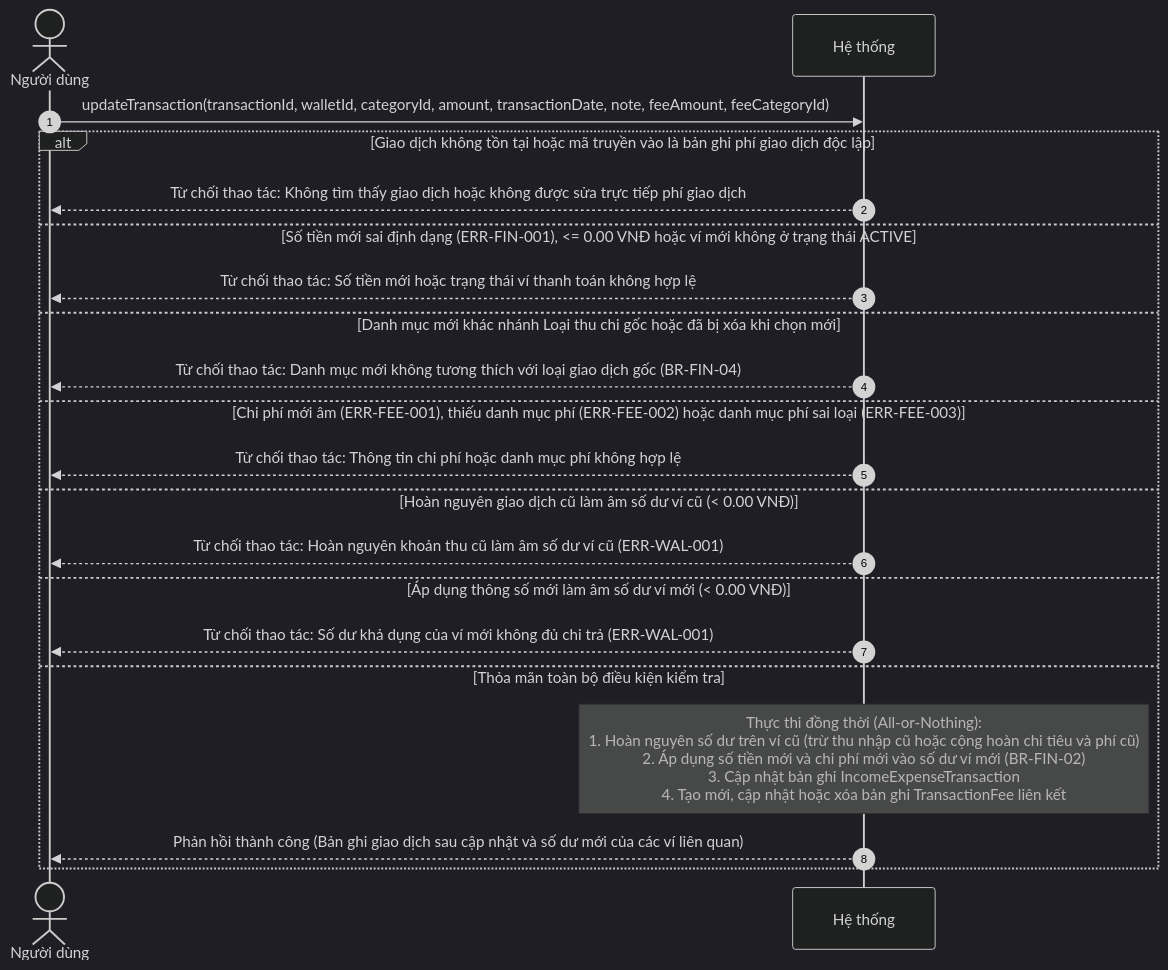
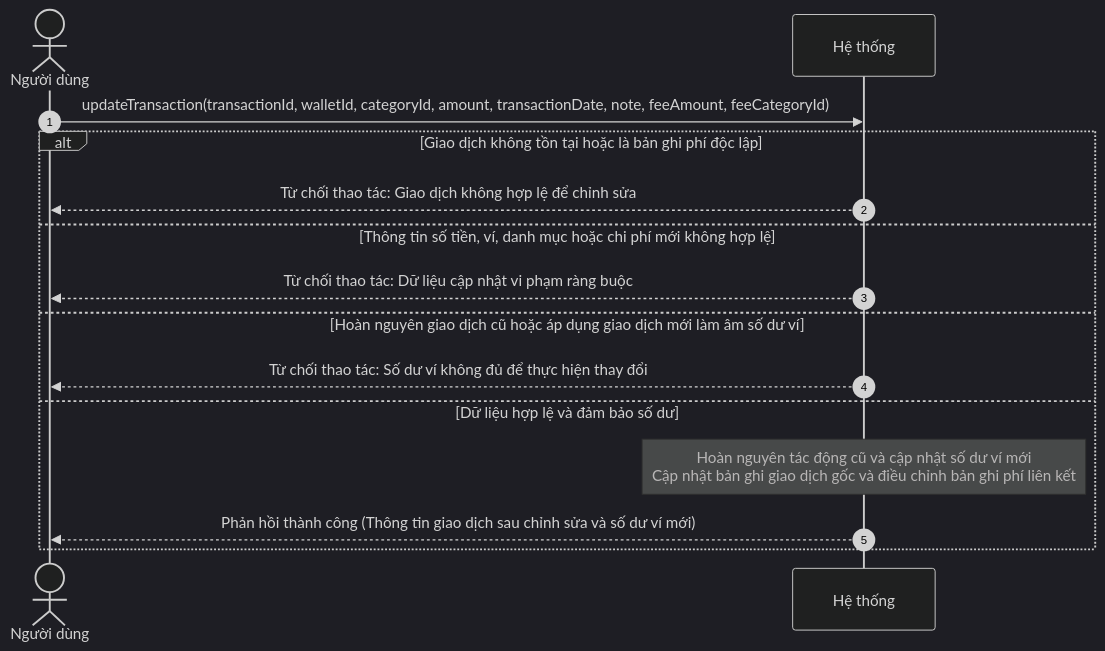
One commit to mynhleeh/pfms-oop changed the seventh of 20 diagrams in docs/object-oriented-analysis/03-so-do-tuan-tu-he-thong-ssd.md. Above: the diagram before and after it, drawn with Mermaid (dark theme). The commit also changed other lines of this file and 3 other files, not shown here.

Commit message:
docs(ood): 03 04 05 06 - fix the rule and errror notation - fix the diagrams

````diff
--- a/docs/object-oriented-analysis/03-so-do-tuan-tu-he-thong-ssd.md
+++ b/docs/object-oriented-analysis/03-so-do-tuan-tu-he-thong-ssd.md
@@ -294,24 +290,18 @@
 ```mermaid
 sequenceDiagram
     autonumber
     actor User as Người dùng
     participant System as Hệ thống
 
     User->>System: updateTransaction(transactionId, walletId, categoryId, amount, transactionDate, note, feeAmount, feeCategoryId)
-    alt Giao dịch không tồn tại hoặc mã truyền vào là bản ghi phí giao dịch độc lập
-        System-->>User: Từ chối thao tác: Không tìm thấy giao dịch hoặc không được sửa trực tiếp phí giao dịch
-    else Số tiền mới sai định dạng (ERR-FIN-001), <= 0.00 VNĐ hoặc ví mới không ở trạng thái ACTIVE
-        System-->>User: Từ chối thao tác: Số tiền mới hoặc trạng thái ví thanh toán không hợp lệ
-    else Danh mục mới khác nhánh Loại thu chi gốc hoặc đã bị xóa khi chọn mới
-        System-->>User: Từ chối thao tác: Danh mục mới không tương thích với loại giao dịch gốc (BR-FIN-04)
-    else Chi phí mới âm (ERR-FEE-001), thiếu danh mục phí (ERR-FEE-002) hoặc danh mục phí sai loại (ERR-FEE-003)
-        System-->>User: Từ chối thao tác: Thông tin chi phí hoặc danh mục phí không hợp lệ
-    else Hoàn nguyên giao dịch cũ làm âm số dư ví cũ (< 0.00 VNĐ)
-        System-->>User: Từ chối thao tác: Hoàn nguyên khoản thu cũ làm âm số dư ví cũ (ERR-WAL-001)
-    else Áp dụng thông số mới làm âm số dư ví mới (< 0.00 VNĐ)
-        System-->>User: Từ chối thao tác: Số dư khả dụng của ví mới không đủ chi trả (ERR-WAL-001)
-    else Thỏa mãn toàn bộ điều kiện kiểm tra
-        Note over System: Thực thi đồng thời (All-or-Nothing):<br/>1. Hoàn nguyên số dư trên ví cũ (trừ thu nhập cũ hoặc cộng hoàn chi tiêu và phí cũ)<br/>2. Áp dụng số tiền mới và chi phí mới vào số dư ví mới (BR-FIN-02)<br/>3. Cập nhật bản ghi IncomeExpenseTransaction<br/>4. Tạo mới, cập nhật hoặc xóa bản ghi TransactionFee liên kết
-        System-->>User: Phản hồi thành công (Bản ghi giao dịch sau cập nhật và số dư mới của các ví liên quan)
+    alt Giao dịch không tồn tại hoặc là bản ghi phí độc lập
+        System-->>User: Từ chối thao tác: Giao dịch không hợp lệ để chỉnh sửa
+    else Thông tin số tiền, ví, danh mục hoặc chi phí mới không hợp lệ
+        System-->>User: Từ chối thao tác: Dữ liệu cập nhật vi phạm ràng buộc
+    else Hoàn nguyên giao dịch cũ hoặc áp dụng giao dịch mới làm âm số dư ví
+        System-->>User: Từ chối thao tác: Số dư ví không đủ để thực hiện thay đổi
+    else Dữ liệu hợp lệ và đảm bảo số dư
+        Note over System: Hoàn nguyên tác động cũ và cập nhật số dư ví mới<br/>Cập nhật bản ghi giao dịch gốc và điều chỉnh bản ghi phí liên kết
+        System-->>User: Phản hồi thành công (Thông tin giao dịch sau chỉnh sửa và số dư ví mới)
     end
 ```
````
